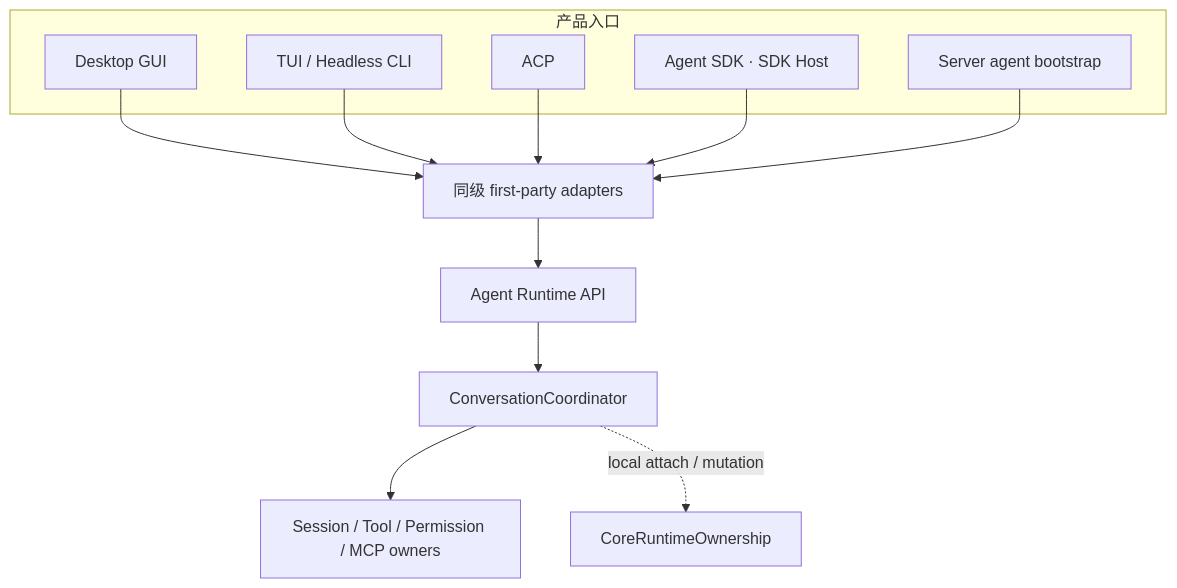
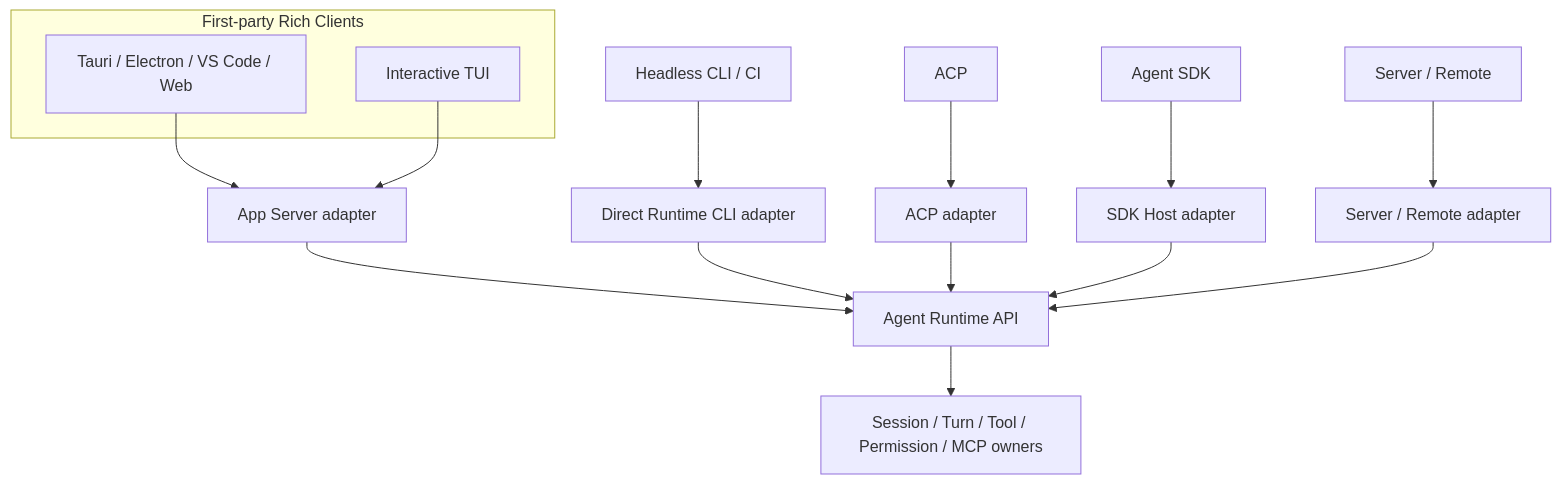
Before and after one commit to GCWing/BitFun: the first of 6 diagrams in docs/architecture/agent-runtime-deployment-design.md, drawn with Mermaid. The commit also changed other lines of this file and 15 other files, not shown here.

Commit message:
feat(doct): add app server design

````diff
--- a/docs/architecture/agent-runtime-deployment-design.md
+++ b/docs/architecture/agent-runtime-deployment-design.md
@@ -13,20 +20,26 @@
 ```mermaid
 flowchart TB
-  subgraph "产品入口"
-    GUI["Desktop GUI"]
-    TUI["TUI / Headless CLI"]
-    ACP["ACP"]
-    SDK["Agent SDK · SDK Host"]
-    Server["Server agent bootstrap"]
+  subgraph RichClients["First-party Rich Clients"]
+    GUI["Tauri / Electron / VS Code / Web"]
+    TUI["Interactive TUI"]
   end
 
-  GUI --> Adapter["同级 first-party adapters"]
-  TUI --> Adapter
-  ACP --> Adapter
-  SDK --> Adapter
-  Server --> Adapter
-  Adapter --> API["Agent Runtime API"]
-  API --> Coordinator["ConversationCoordinator"]
-  Coordinator --> Owners["Session / Tool / Permission / MCP owners"]
-  Coordinator -. "local attach / mutation" .-> Ownership["CoreRuntimeOwnership"]
+  Headless["Headless CLI / CI"]
+  ACP["ACP"]
+  SDK["Agent SDK"]
+  Remote["Server / Remote"]
+
+  GUI --> App["App Server adapter"]
+  TUI --> App
+  Headless --> Direct["Direct Runtime CLI adapter"]
+  ACP --> ACPA["ACP adapter"]
+  SDK --> SDKH["SDK Host adapter"]
+  Remote --> RemoteA["Server / Remote adapter"]
+
+  App --> API["Agent Runtime API"]
+  Direct --> API
+  ACPA --> API
+  SDKH --> API
+  RemoteA --> API
+  API --> Owners["Session / Turn / Tool / Permission / MCP owners"]
 ```
````
